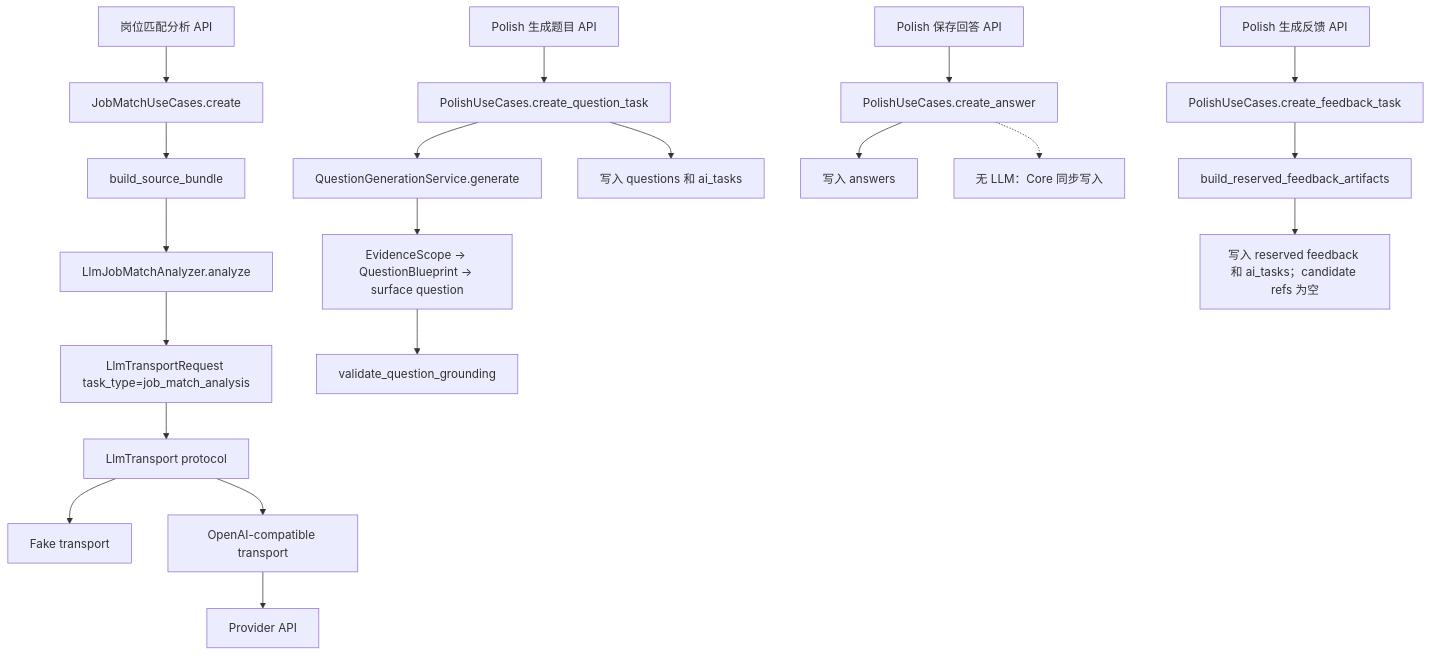
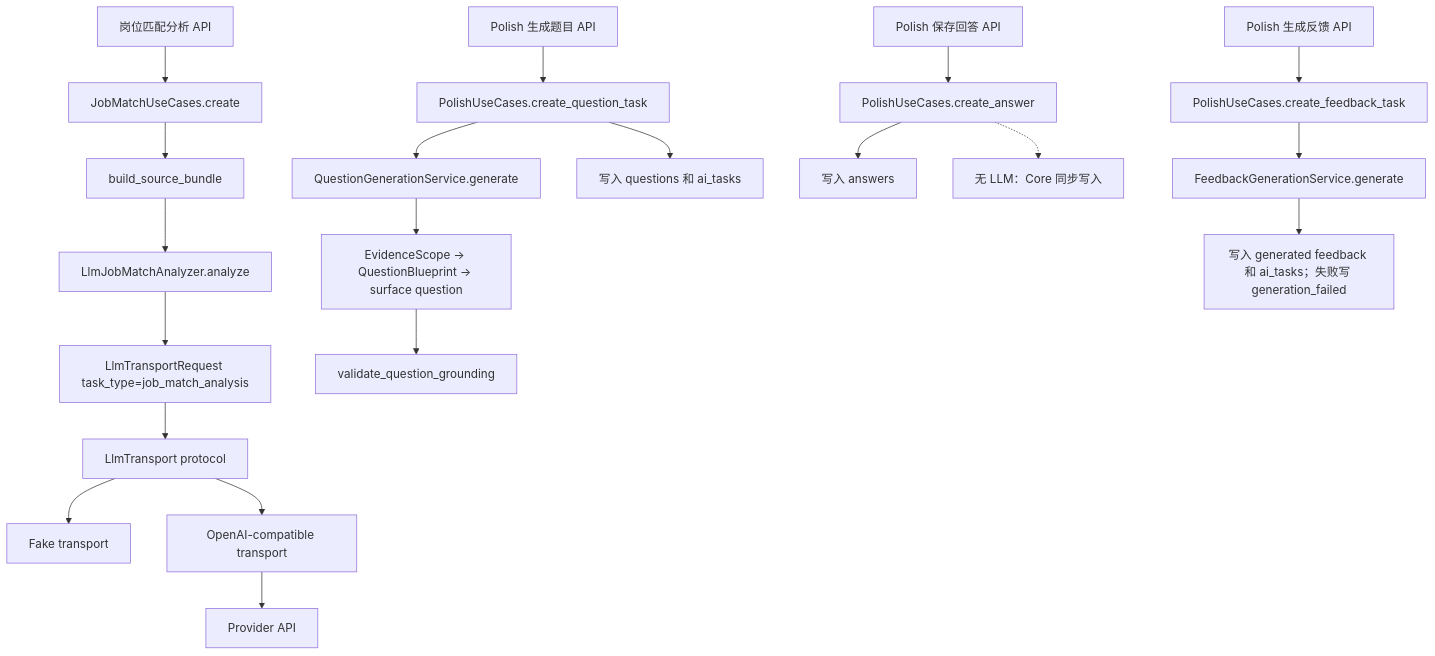
The second of 11 diagrams in docs/03-delivery/refactor-multiagent-langgraph-implementation/01_ARCHITECTURE_ASIS_TOBE.md (linxiecoder/AiForInterviewer), drawn with Mermaid before and after one commit. The commit also changed other lines of this file and 34 other files, not shown here.

````diff
--- a/docs/03-delivery/refactor-multiagent-langgraph-implementation/01_ARCHITECTURE_ASIS_TOBE.md
+++ b/docs/03-delivery/refactor-multiagent-langgraph-implementation/01_ARCHITECTURE_ASIS_TOBE.md
@@ -94,26 +94,26 @@
 ```mermaid
 flowchart TB
   JobApi["岗位匹配分析 API"] --> JobUc["JobMatchUseCases.create"]
   JobUc --> SourceBundle["build_source_bundle"]
   SourceBundle --> Analyzer["LlmJobMatchAnalyzer.analyze"]
   Analyzer --> JobReq["LlmTransportRequest task_type=job_match_analysis"]
 
   QuestionApi["Polish 生成题目 API"] --> PolishQuestionUc["PolishUseCases.create_question_task"]
   PolishQuestionUc --> QuestionSvc["QuestionGenerationService.generate"]
   QuestionSvc --> QuestionBlueprint["EvidenceScope -> QuestionBlueprint -> surface question"]
   QuestionBlueprint --> QuestionGrounding["validate_question_grounding"]
   PolishQuestionUc --> QuestionWrite["写入 questions 和 ai_tasks"]
 
   AnswerApi["Polish 保存回答 API"] --> AnswerSave["PolishUseCases.create_answer"]
   AnswerSave --> AnswerWrite["写入 answers"]
   AnswerSave -.-> NoLlm["无 LLM：Core 同步写入"]
 
   FeedbackApi["Polish 生成反馈 API"] --> PolishFeedbackUc["PolishUseCases.create_feedback_task"]
-  PolishFeedbackUc --> FeedbackReserved["build_reserved_feedback_artifacts"]
-  FeedbackReserved --> FeedbackWrite["写入 reserved feedback 和 ai_tasks；candidate refs 为空"]
+  PolishFeedbackUc --> FeedbackSvc["FeedbackGenerationService.generate"]
+  FeedbackSvc --> FeedbackWrite["写入 generated feedback 和 ai_tasks；失败写 generation_failed"]
 
   JobReq --> Transport["LlmTransport protocol"]
   Transport --> Fake["Fake transport"]
   Transport --> OpenAi["OpenAI-compatible transport"]
   OpenAi --> Provider["Provider API"]
 ```
````
